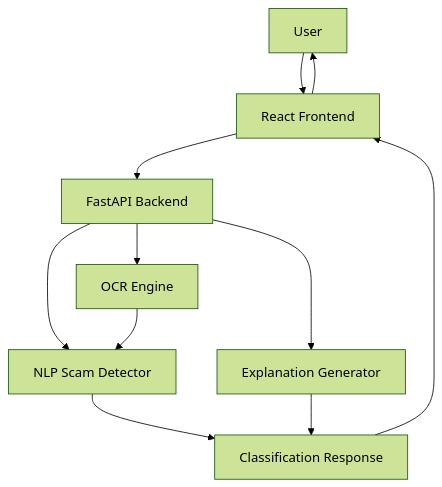
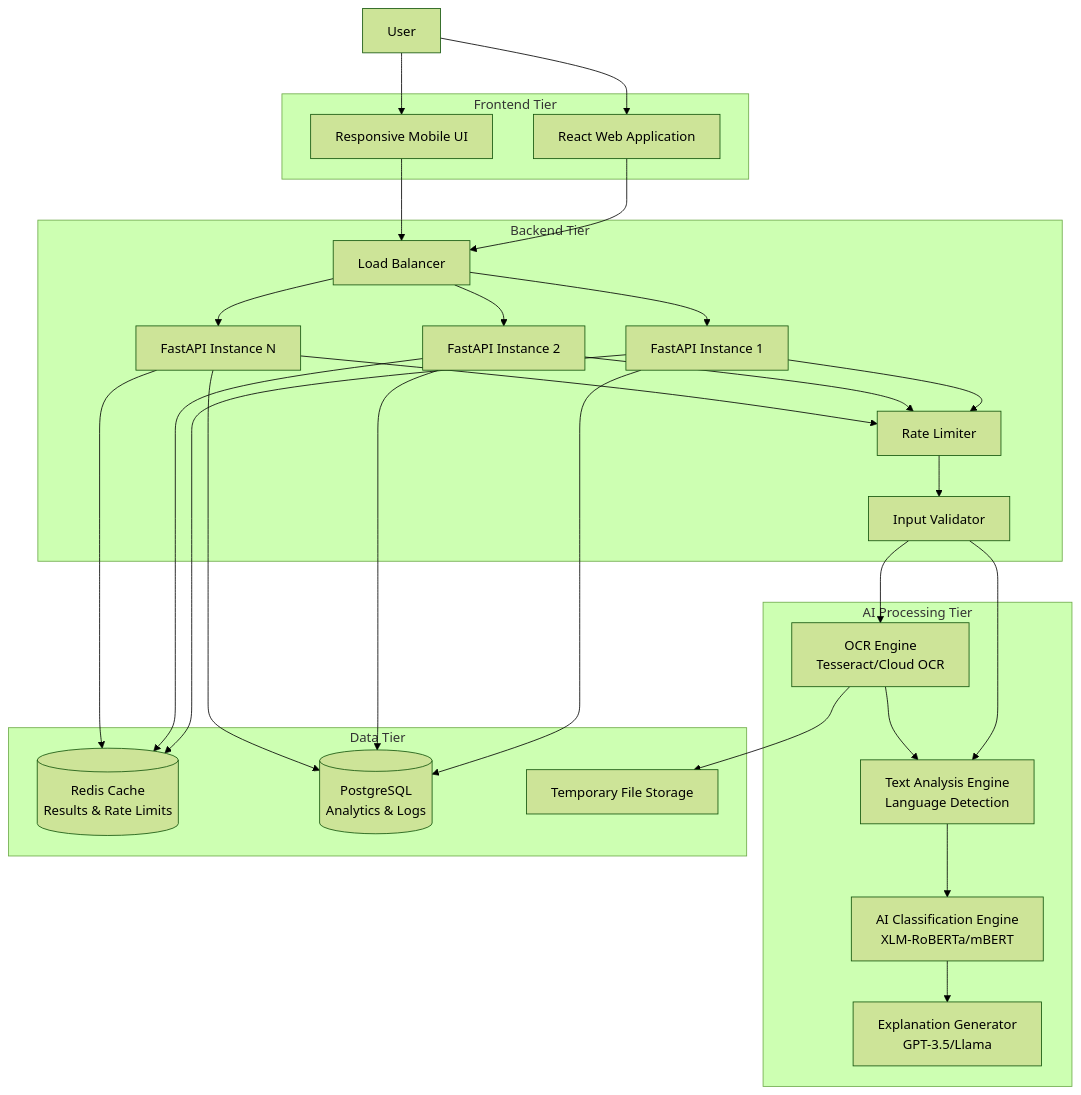
Before and after one commit to Tusharjadhav2316-dev/agentic-honeypot: the first of 6 diagrams in design.md, drawn with Mermaid (forest theme). The commit also changed other lines of this file, not shown here.

````diff
--- a/design.md
+++ b/design.md
@@ -17,13 +60,59 @@
 ```mermaid
 graph TB
-    User[User] --> Frontend[React Frontend]
-    Frontend --> API[FastAPI Backend]
-    API --> NLP[NLP Scam Detector]
-    API --> OCR[OCR Engine]
-    API --> LLM[Explanation Generator]
-    NLP --> Response[Classification Response]
-    OCR --> NLP
-    LLM --> Response
-    Response --> Frontend
-    Frontend --> User
+    subgraph "Frontend Tier"
+        WebApp[React Web Application]
+        MobileUI[Responsive Mobile UI]
+    end
+    
+    subgraph "Backend Tier"
+        LB[Load Balancer]
+        API1[FastAPI Instance 1]
+        API2[FastAPI Instance 2]
+        APIN[FastAPI Instance N]
+        RateLimit[Rate Limiter]
+        Validator[Input Validator]
+    end
+    
+    subgraph "AI Processing Tier"
+        OCR[OCR Engine<br/>Tesseract/Cloud OCR]
+        TextAnalyzer[Text Analysis Engine<br/>Language Detection]
+        NLP[AI Classification Engine<br/>XLM-RoBERTa/mBERT]
+        LLM[Explanation Generator<br/>GPT-3.5/Llama]
+    end
+    
+    subgraph "Data Tier"
+        Redis[(Redis Cache<br/>Results & Rate Limits)]
+        PostgreSQL[(PostgreSQL<br/>Analytics & Logs)]
+        TempStorage[Temporary File Storage]
+    end
+    
+    User[User] --> WebApp
+    User --> MobileUI
+    WebApp --> LB
+    MobileUI --> LB
+    LB --> API1
+    LB --> API2
+    LB --> APIN
+    
+    API1 --> RateLimit
+    API2 --> RateLimit
+    APIN --> RateLimit
+    
+    RateLimit --> Validator
+    Validator --> OCR
+    Validator --> TextAnalyzer
+    
+    OCR --> TextAnalyzer
+    TextAnalyzer --> NLP
+    NLP --> LLM
+    
+    API1 --> Redis
+    API2 --> Redis
+    APIN --> Redis
+    
+    API1 --> PostgreSQL
+    API2 --> PostgreSQL
+    APIN --> PostgreSQL
+    
+    OCR --> TempStorage
 ```
````
